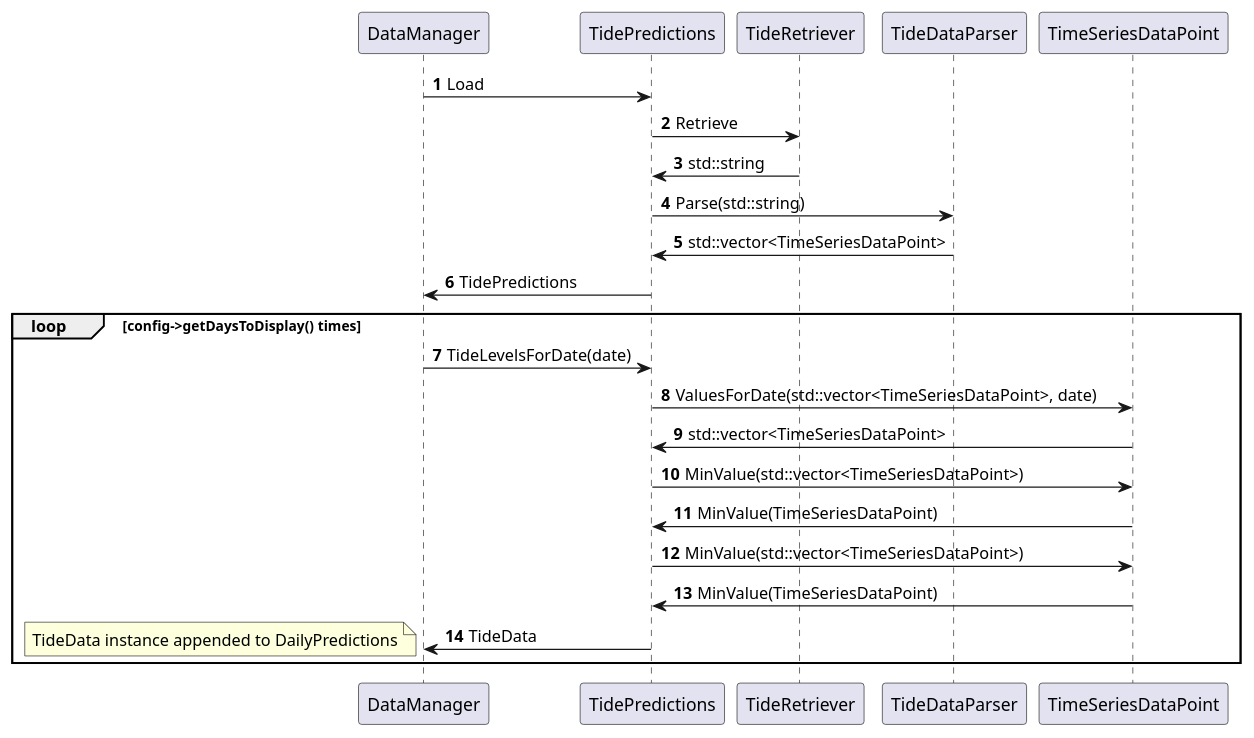
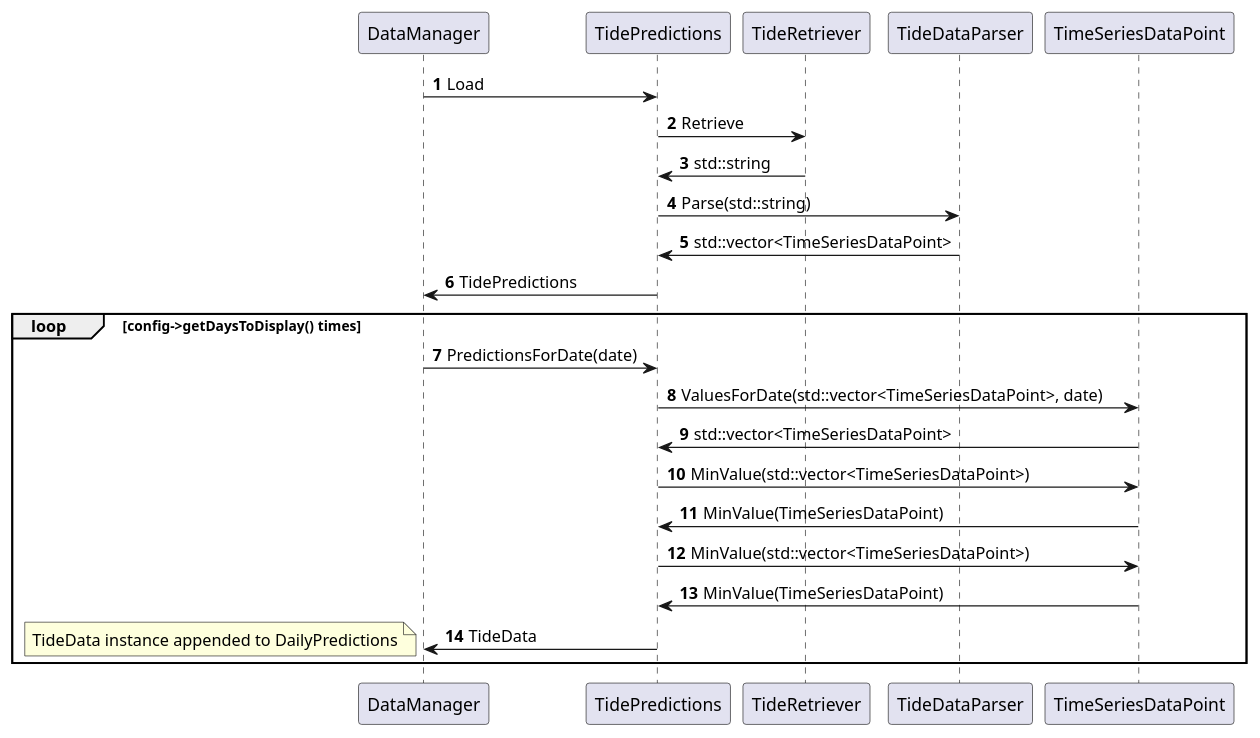
The diagram in docs/TideDataETL.puml (ciroque/tidal), drawn with PlantUML before and after one commit. The commit also changed 6 other files, not shown here.

```diff
--- a/docs/TideDataETL.puml
+++ b/docs/TideDataETL.puml
@@ -1,30 +1,30 @@
 @startuml
 'https://plantuml.com/sequence-diagram
 
 autonumber
 
 DataManager -> TidePredictions : Load
 TidePredictions -> TideRetriever : Retrieve
 TidePredictions <- TideRetriever : std::string
 TidePredictions -> TideDataParser : Parse(std::string)
 TidePredictions <- TideDataParser : std::vector<TimeSeriesDataPoint>
 DataManager <- TidePredictions : TidePredictions
 
 loop config->getDaysToDisplay() times
-    DataManager -> TidePredictions : TideLevelsForDate(date)
+    DataManager -> TidePredictions : PredictionsForDate(date)
 
     TidePredictions -> TimeSeriesDataPoint : ValuesForDate(std::vector<TimeSeriesDataPoint>, date)
     TidePredictions <- TimeSeriesDataPoint : std::vector<TimeSeriesDataPoint>
 
     TidePredictions -> TimeSeriesDataPoint : MinValue(std::vector<TimeSeriesDataPoint>)
     TidePredictions <- TimeSeriesDataPoint : MinValue(TimeSeriesDataPoint)
 
     TidePredictions -> TimeSeriesDataPoint : MinValue(std::vector<TimeSeriesDataPoint>)
     TidePredictions <- TimeSeriesDataPoint : MinValue(TimeSeriesDataPoint)
 
     DataManager <- TidePredictions : TideData
 
     note left : TideData instance appended to DailyPredictions
 end
 
 @enduml
```
